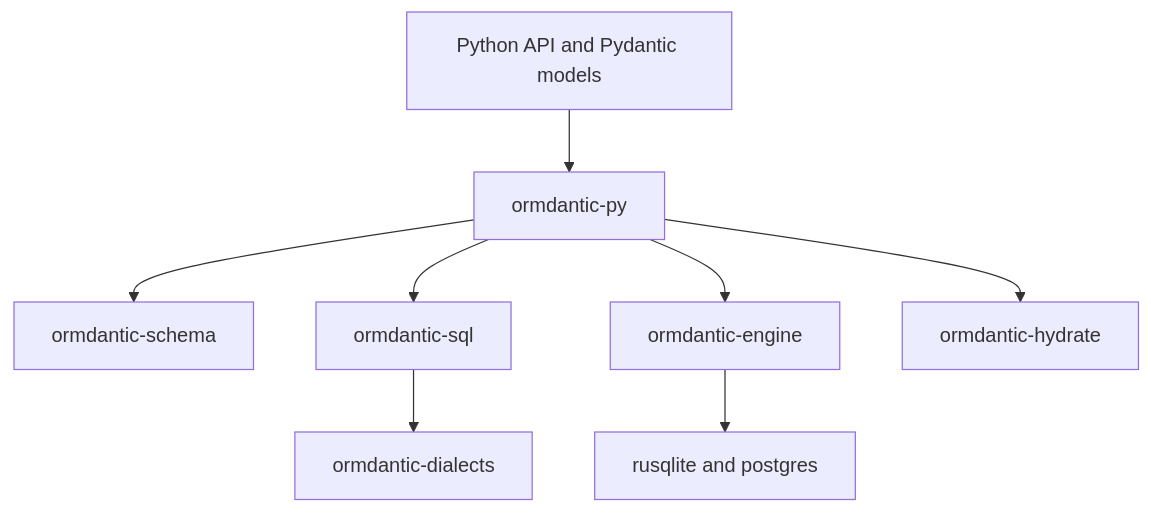
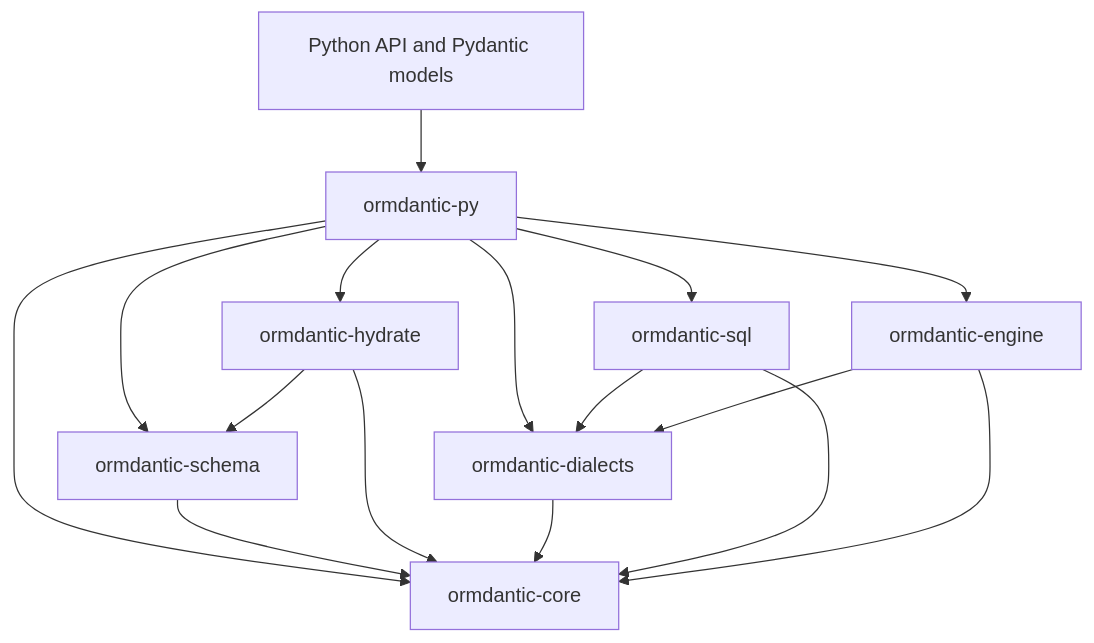
One commit to yezz123/ormdantic changed the diagram in docs/architecture/rust-core.md. Above: the diagram before and after it, drawn with Mermaid. The commit also changed other lines of this file and 8 other files, not shown here.

````diff
--- a/docs/architecture/rust-core.md
+++ b/docs/architecture/rust-core.md
@@ -5,10 +7,18 @@
 ```mermaid
 flowchart TD
     PythonApi["Python API and Pydantic models"] --> PyO3["ormdantic-py"]
+    PyO3 --> Core["ormdantic-core"]
     PyO3 --> Schema["ormdantic-schema"]
+    PyO3 --> Hydrate["ormdantic-hydrate"]
+    PyO3 --> Dialects["ormdantic-dialects"]
     PyO3 --> Sql["ormdantic-sql"]
     PyO3 --> Engine["ormdantic-engine"]
-    Sql --> Dialects["ormdantic-dialects"]
-    Engine --> Drivers["rusqlite and postgres"]
-    PyO3 --> Hydrate["ormdantic-hydrate"]
+    Schema --> Core
+    Hydrate --> Core
+    Hydrate --> Schema
+    Dialects --> Core
+    Sql --> Core
+    Sql --> Dialects
+    Engine --> Core
+    Engine --> Dialects
 ```
````
